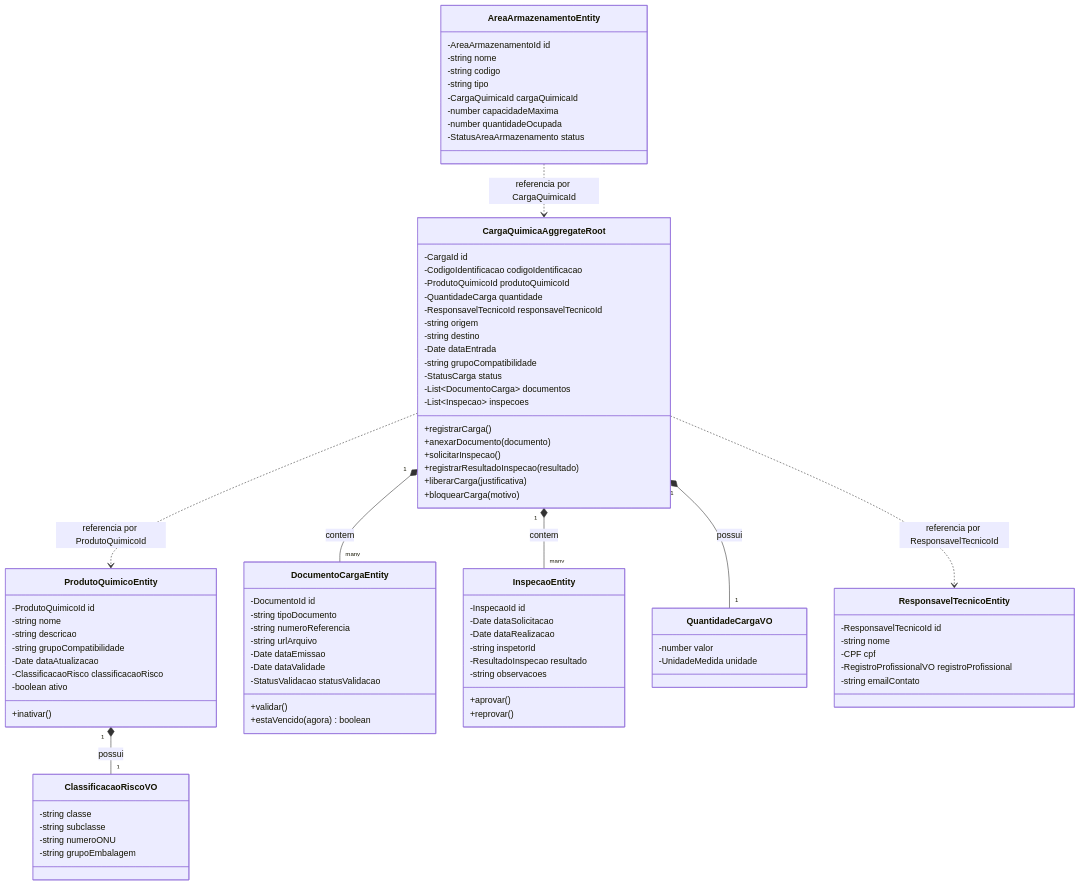
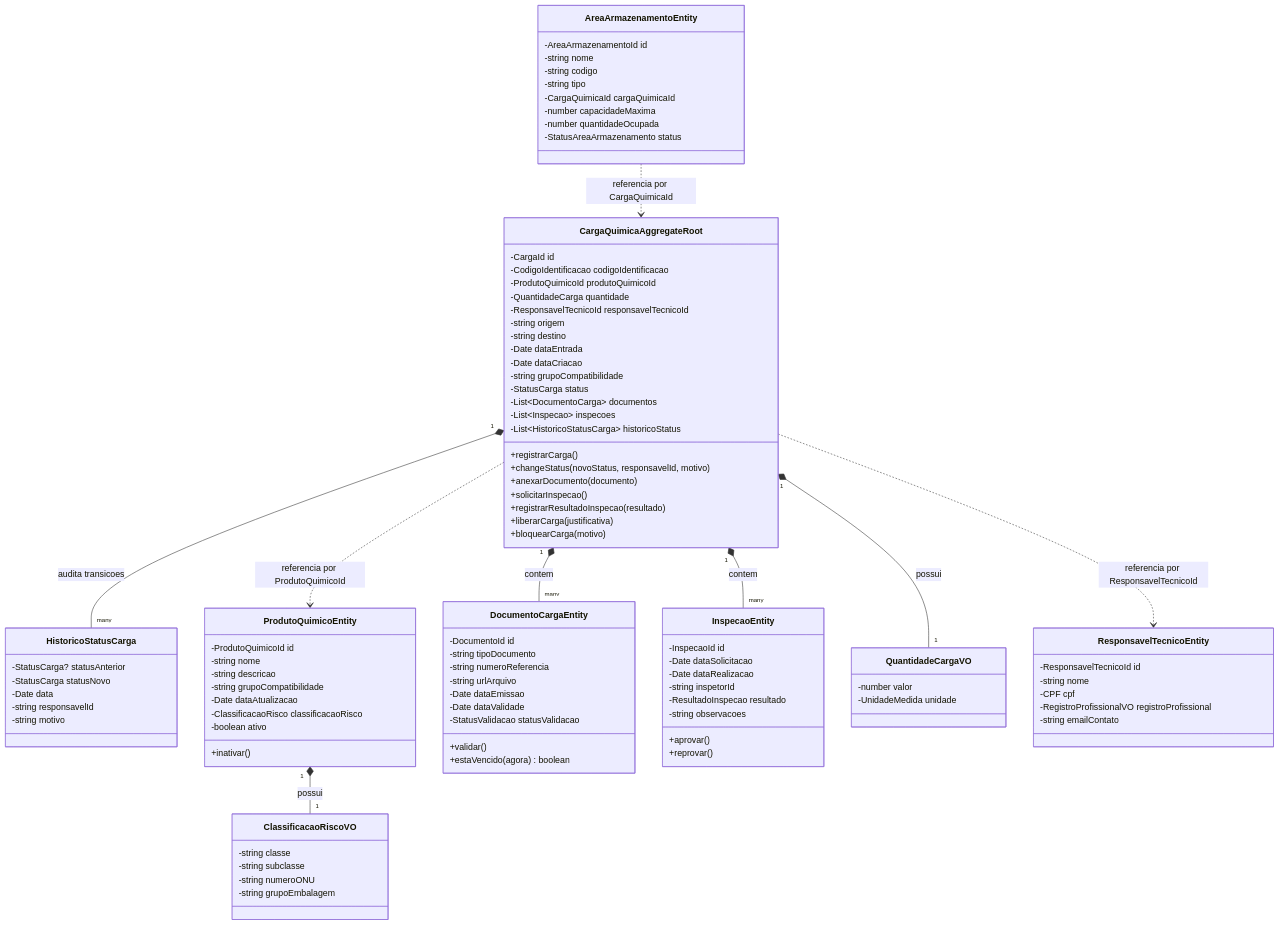
One commit to gabrixlzdev/QuimiPort changed the first of 3 diagrams in docs/2_modelagem_DDD.md. Above: the diagram before and after it, drawn with Mermaid. The commit also changed other lines of this file and 8 other files, not shown here.

Commit message:
feat: implementa histórico de status para carga química e ajusta repositório TypeORM

```diff
--- a/docs/2_modelagem_DDD.md
+++ b/docs/2_modelagem_DDD.md
@@ -29,16 +29,27 @@
         -string origem
         -string destino
         -Date dataEntrada
+        -Date dataCriacao
         -string grupoCompatibilidade
         -StatusCarga status
         -List~DocumentoCarga~ documentos
         -List~Inspecao~ inspecoes
+        -List~HistoricoStatusCarga~ historicoStatus
         +registrarCarga()
+        +changeStatus(novoStatus, responsavelId, motivo)
         +anexarDocumento(documento)
         +solicitarInspecao()
         +registrarResultadoInspecao(resultado)
         +liberarCarga(justificativa)
         +bloquearCarga(motivo)
+    }
+
+    class HistoricoStatusCarga {
+        -StatusCarga? statusAnterior
+        -StatusCarga statusNovo
+        -Date data
+        -string responsavelId
+        -string motivo
     }
 
     class ProdutoQuimicoEntity {
@@ -108,6 +119,7 @@
 
     CargaQuimicaAggregateRoot "1" *-- "many" DocumentoCargaEntity : contem
     CargaQuimicaAggregateRoot "1" *-- "many" InspecaoEntity : contem
+    CargaQuimicaAggregateRoot "1" *-- "many" HistoricoStatusCarga : audita transicoes
     CargaQuimicaAggregateRoot "1" *-- "1" QuantidadeCargaVO : possui
     CargaQuimicaAggregateRoot ..> ResponsavelTecnicoEntity : referencia por ResponsavelTecnicoId
     CargaQuimicaAggregateRoot ..> ProdutoQuimicoEntity : referencia por ProdutoQuimicoId
```
